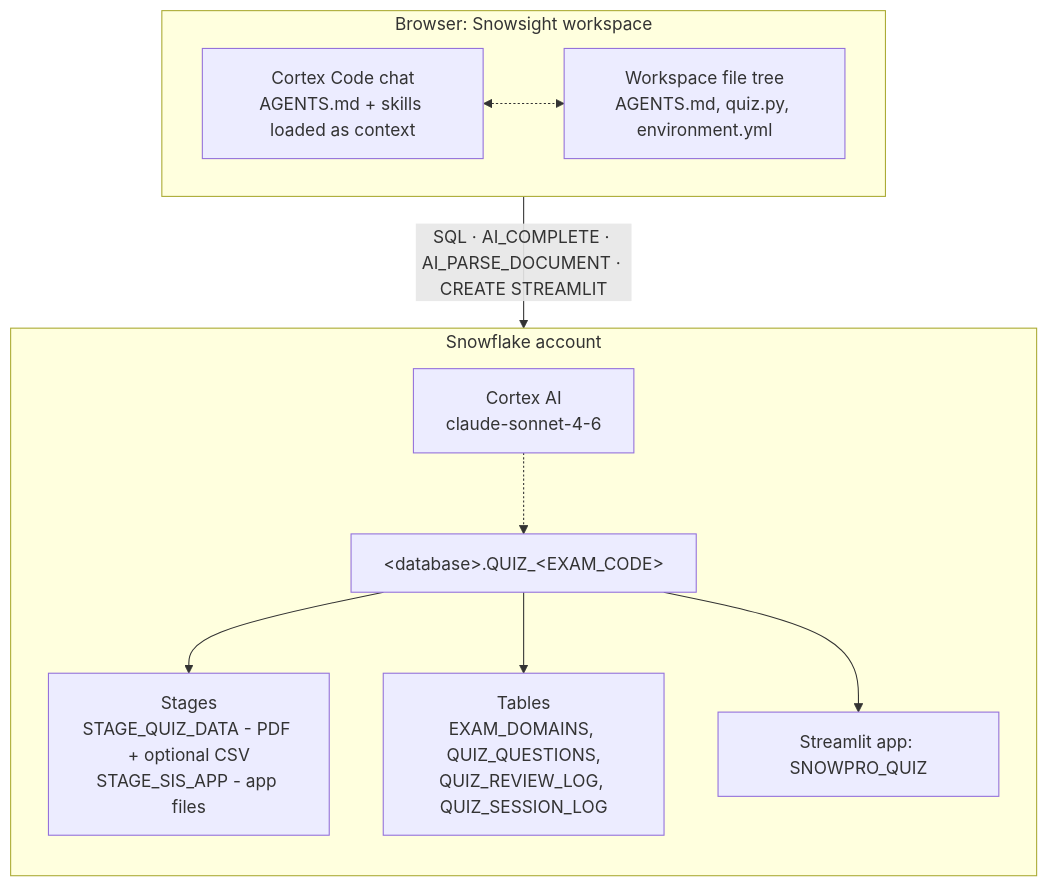
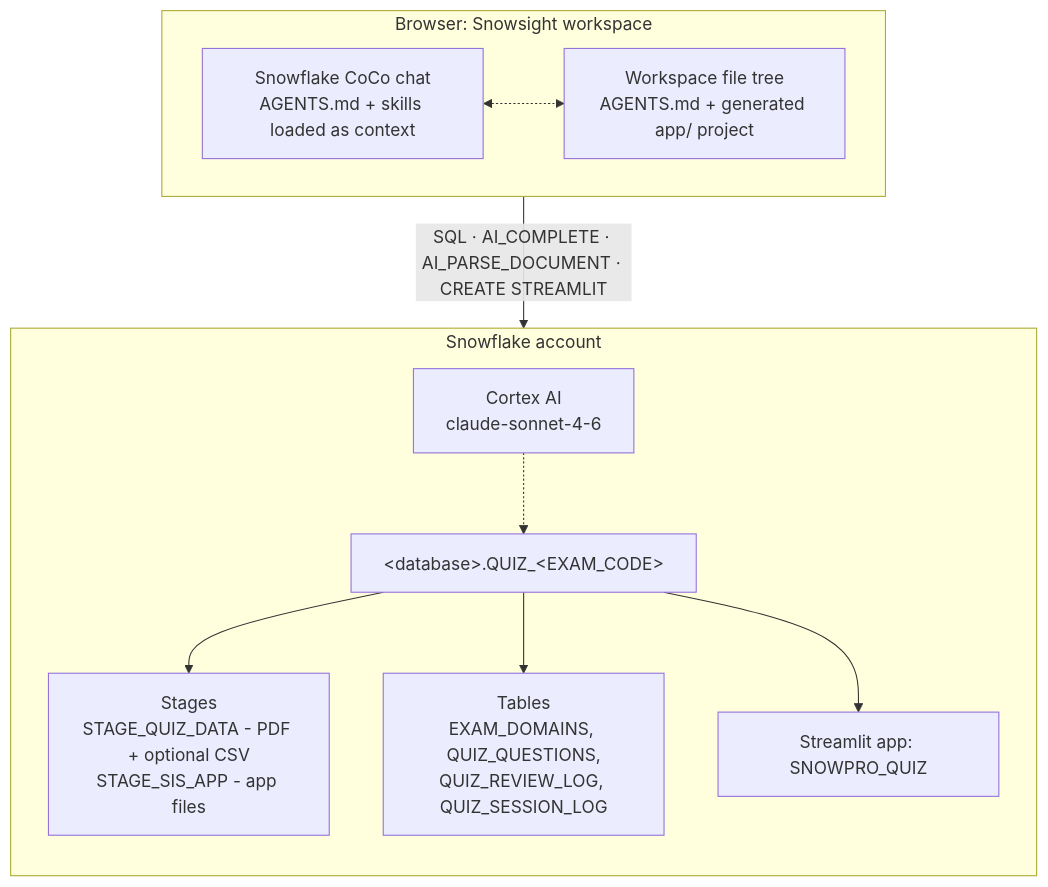
The first of 2 diagrams in docs/architecture.md (moniburnejko/coco-quiz-app), drawn with Mermaid before and after one commit. The commit also changed other lines of this file and 15 other files, not shown here.

````diff
--- a/docs/architecture.md
+++ b/docs/architecture.md
@@ -9,23 +9,23 @@
 ```mermaid
 flowchart TB
     subgraph Browser["Browser: Snowsight workspace"]
-        CC["Cortex Code chat<br/>AGENTS.md + skills loaded as context"]
-        WS["Workspace file tree<br/>AGENTS.md, quiz.py, environment.yml"]
+        CC["Snowflake CoCo chat<br/>AGENTS.md + skills loaded as context"]
+        WS["Workspace file tree<br/>AGENTS.md + generated app/ project"]
         CC <-.-> WS
     end
 
     subgraph Snowflake["Snowflake account"]
         direction TB
         SCHEMA["&lt;database&gt;.QUIZ_&lt;EXAM_CODE&gt;"]
         STAGES["Stages<br/>STAGE_QUIZ_DATA - PDF + optional CSV<br/>STAGE_SIS_APP - app files"]
         TABLES["Tables<br/>EXAM_DOMAINS, QUIZ_QUESTIONS,<br/>QUIZ_REVIEW_LOG, QUIZ_SESSION_LOG"]
         APP["Streamlit app: SNOWPRO_QUIZ"]
         AI["Cortex AI<br/>claude-sonnet-4-6"]
         SCHEMA --> STAGES
         SCHEMA --> TABLES
         SCHEMA --> APP
         AI -.-> SCHEMA
     end
 
     Browser -->|"SQL · AI_COMPLETE · AI_PARSE_DOCUMENT · CREATE STREAMLIT"| Snowflake
 ```
````
